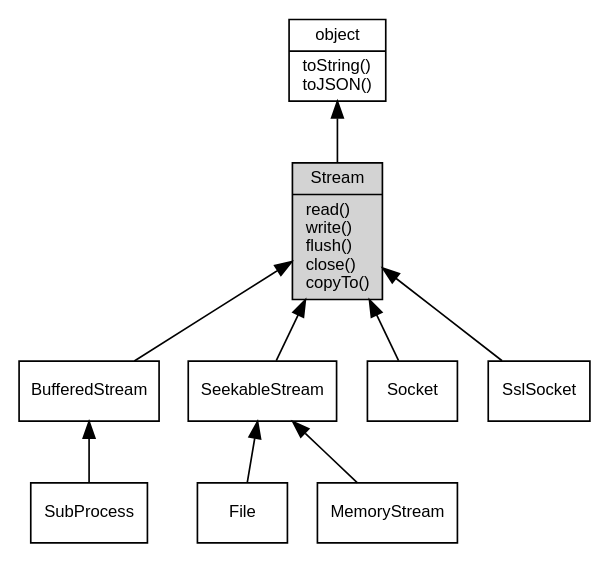
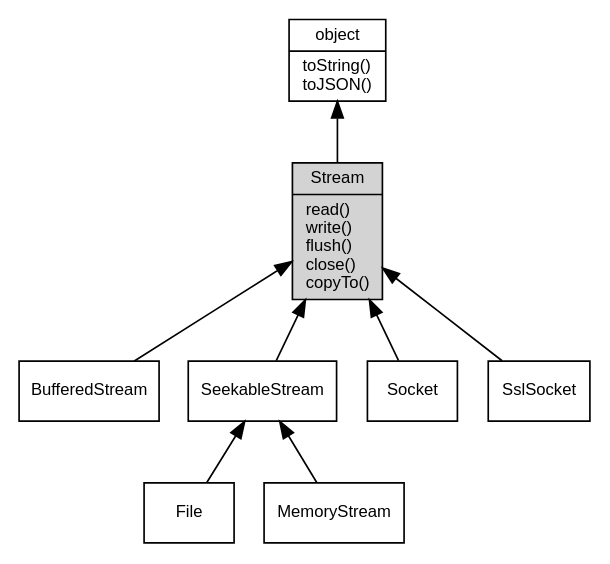
One commit to fibjs/fibjs.org changed the diagram in docs/manual/object/ifs/Stream.md. Above: the diagram before and after it, drawn with Graphviz. The commit also changed 229 other files, not shown here.

````diff
--- a/docs/manual/object/ifs/Stream.md
+++ b/docs/manual/object/ifs/Stream.md
@@ -7,24 +7,22 @@
 ```dot
 digraph {
     node [fontname="Helvetica,sans-Serif", fontsize=10, shape="record", style="filled", fillcolor="white"];
 
     object [tooltip="object", URL="object.md", label="{object|toString()\ltoJSON()\l}"];
     Stream [tooltip="Stream", fillcolor="lightgray", id="me", label="{Stream|read()\lwrite()\lflush()\lclose()\lcopyTo()\l}"];
     BufferedStream [tooltip="BufferedStream", URL="BufferedStream.md", label="{BufferedStream}"];
-    SubProcess [tooltip="SubProcess", URL="SubProcess.md", label="{SubProcess}"];
     SeekableStream [tooltip="SeekableStream", URL="SeekableStream.md", label="{SeekableStream}"];
     File [tooltip="File", URL="File.md", label="{File}"];
     MemoryStream [tooltip="MemoryStream", URL="MemoryStream.md", label="{MemoryStream}"];
     Socket [tooltip="Socket", URL="Socket.md", label="{Socket}"];
     SslSocket [tooltip="SslSocket", URL="SslSocket.md", label="{SslSocket}"];
 
     object -> Stream [dir=back];
     Stream -> BufferedStream [dir=back];
-    BufferedStream -> SubProcess [dir=back];
     Stream -> SeekableStream [dir=back];
     SeekableStream -> File [dir=back];
     SeekableStream -> MemoryStream [dir=back];
     Stream -> Socket [dir=back];
     Stream -> SslSocket [dir=back];
 }
 ```
````
